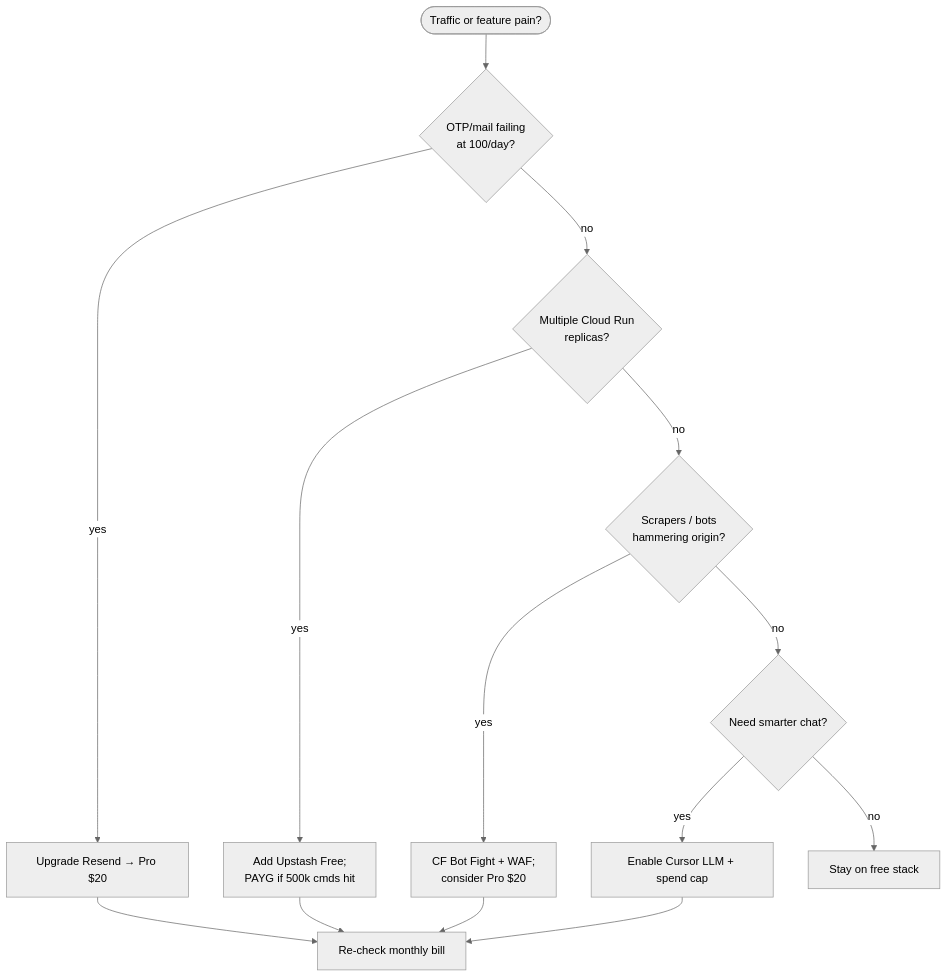
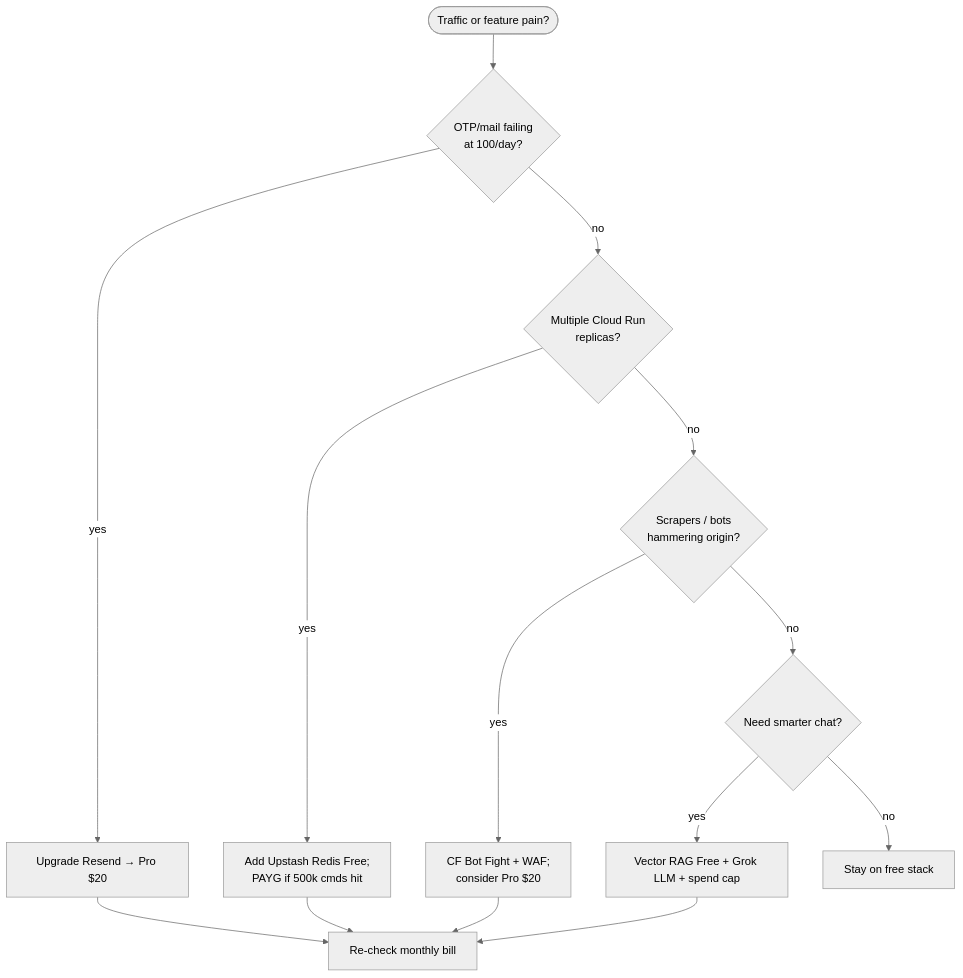
One commit to mosufyan/sufyan-portfolio changed the fifth of 5 diagrams in docs/EXTERNAL_TOOLS_AND_COSTS.md. Above: the diagram before and after it, drawn with Mermaid (neutral theme). The commit also changed other lines of this file and 78 other files, not shown here.

First line of the commit message:
feat: ship Grok+Vector chat, CI security gates, and v1.0.0 hardening

````diff
--- a/docs/EXTERNAL_TOOLS_AND_COSTS.md
+++ b/docs/EXTERNAL_TOOLS_AND_COSTS.md
@@ -334,16 +366,16 @@
 ```mermaid
 flowchart TD
   Start([Traffic or feature pain?]) --> Q1{OTP/mail failing<br/>at 100/day?}
   Q1 -->|yes| R1[Upgrade Resend → Pro $20]
   Q1 -->|no| Q2{Multiple Cloud Run<br/>replicas?}
-  Q2 -->|yes| R2[Add Upstash Free;<br/>PAYG if 500k cmds hit]
+  Q2 -->|yes| R2[Add Upstash Redis Free;<br/>PAYG if 500k cmds hit]
   Q2 -->|no| Q3{Scrapers / bots<br/>hammering origin?}
   Q3 -->|yes| R3[CF Bot Fight + WAF;<br/>consider Pro $20]
   Q3 -->|no| Q4{Need smarter chat?}
-  Q4 -->|yes| R4[Enable Cursor LLM + spend cap]
+  Q4 -->|yes| R4[Vector RAG Free + Grok LLM + spend cap]
   Q4 -->|no| OK[Stay on free stack]
   R1 --> OK2[Re-check monthly bill]
   R2 --> OK2
   R3 --> OK2
   R4 --> OK2
 ```
````
